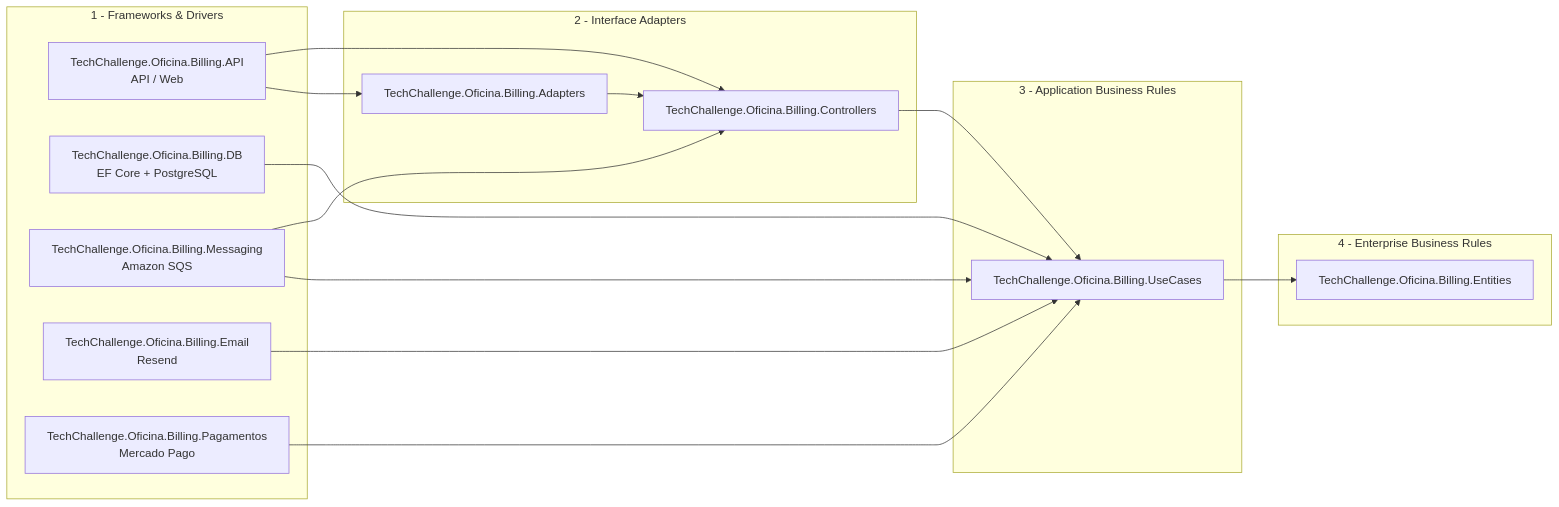
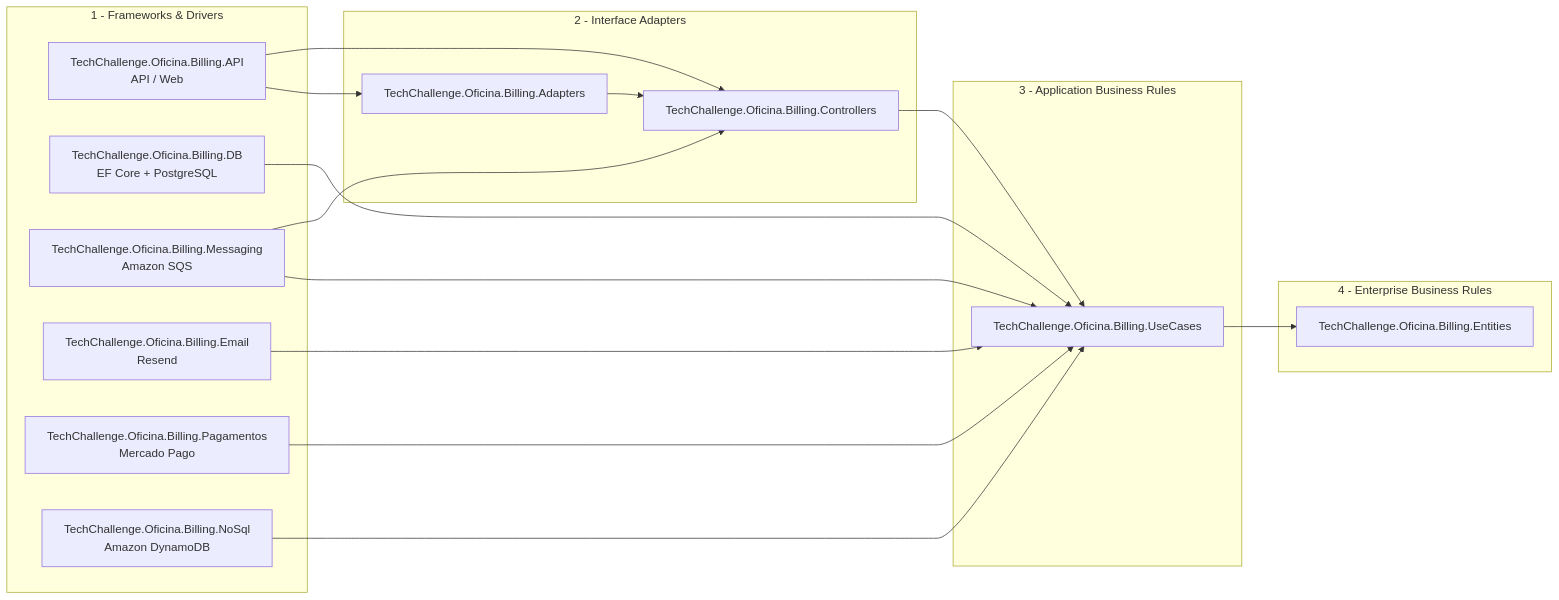
The first of 3 diagrams in README.md (GuiToniello/tech-challenge-fase-4-BILLING-soat16-rm374658), drawn with Mermaid before and after one commit. The commit also changed other lines of this file and 64 other files, not shown here.

````diff
--- a/README.md
+++ b/README.md
@@ -50,31 +50,33 @@
 ```mermaid
 flowchart LR
   subgraph FD[1 - Frameworks & Drivers]
     API[TechChallenge.Oficina.Billing.API\nAPI / Web]
     DB[TechChallenge.Oficina.Billing.DB\nEF Core + PostgreSQL]
     Messaging[TechChallenge.Oficina.Billing.Messaging\nAmazon SQS]
     Email[TechChallenge.Oficina.Billing.Email\nResend]
     Pagamentos[TechChallenge.Oficina.Billing.Pagamentos\nMercado Pago]
+    NoSql[TechChallenge.Oficina.Billing.NoSql\nAmazon DynamoDB]
   end
   subgraph IA[2 - Interface Adapters]
     Controllers[TechChallenge.Oficina.Billing.Controllers]
     Adapters[TechChallenge.Oficina.Billing.Adapters]
   end
   subgraph AB[3 - Application Business Rules]
     UseCases[TechChallenge.Oficina.Billing.UseCases]
   end
   subgraph EB[4 - Enterprise Business Rules]
     Entities[TechChallenge.Oficina.Billing.Entities]
   end
 
   API --> Controllers
   API --> Adapters
   Adapters --> Controllers
   DB --> UseCases
   Email --> UseCases
   Pagamentos --> UseCases
+  NoSql --> UseCases
   Messaging --> Controllers
   Messaging --> UseCases
   Controllers --> UseCases
   UseCases --> Entities
 ```
````
